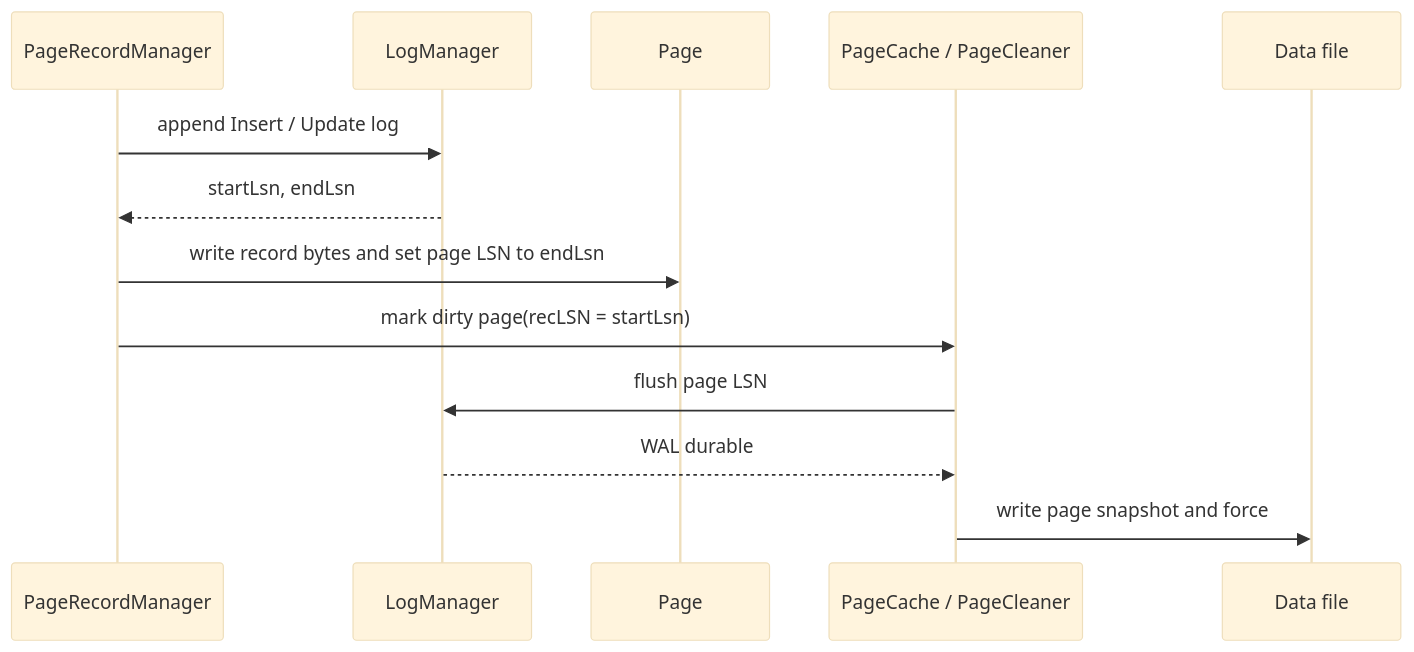
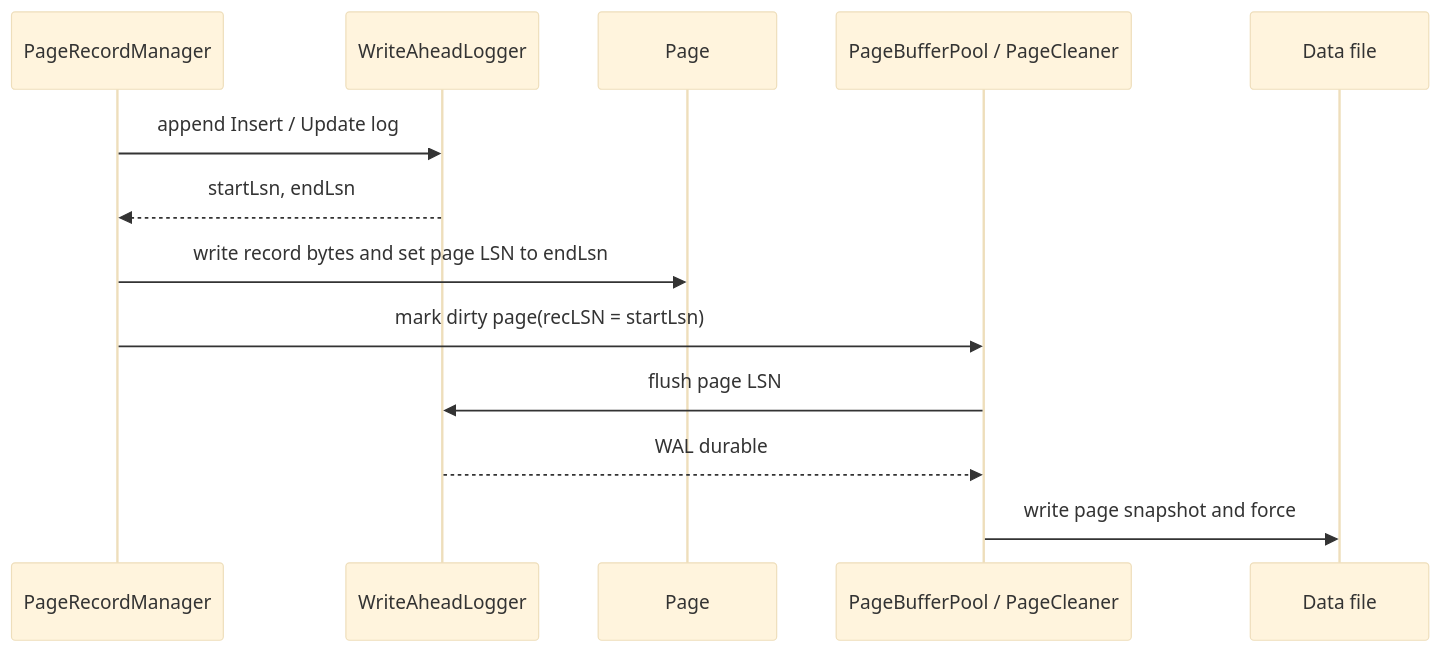
The second of 8 diagrams in docs/architecture/06-runtime.md (SarekCuimian/minisql), drawn with Mermaid (base theme) before and after one commit. The commit also changed other lines of this file and 49 other files, not shown here.

````diff
--- a/docs/architecture/06-runtime.md
+++ b/docs/architecture/06-runtime.md
@@ -34,16 +34,16 @@
 ```mermaid
 sequenceDiagram
     participant R as PageRecordManager
-    participant L as LogManager
+    participant L as WriteAheadLogger
     participant P as Page
-    participant C as PageCache / PageCleaner
+    participant C as PageBufferPool / PageCleaner
     participant F as Data file
 
     R->>L: append Insert / Update log
     L-->>R: startLsn, endLsn
     R->>P: write record bytes and set page LSN to endLsn
     R->>C: mark dirty page(recLSN = startLsn)
     C->>L: flush page LSN
     L-->>C: WAL durable
     C->>F: write page snapshot and force
 ```
````
